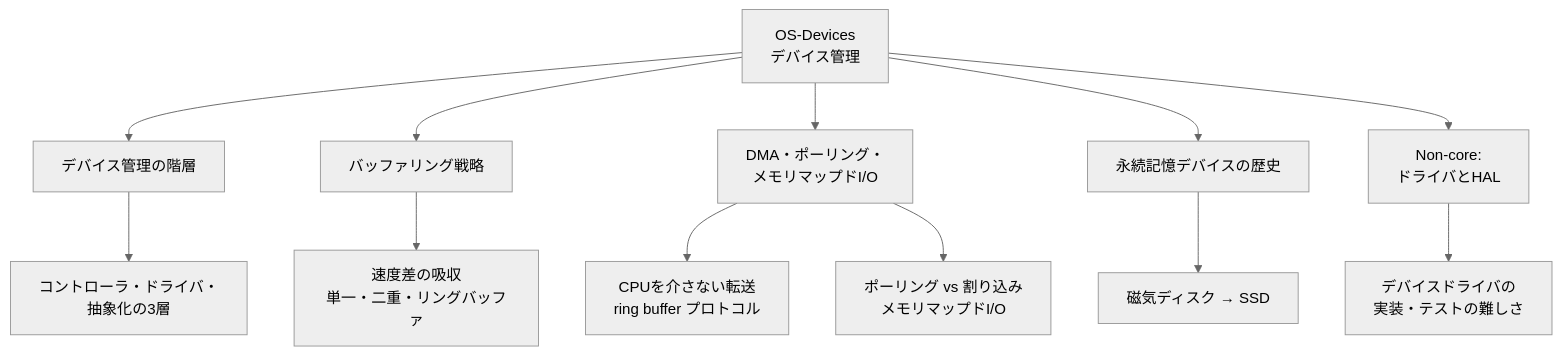
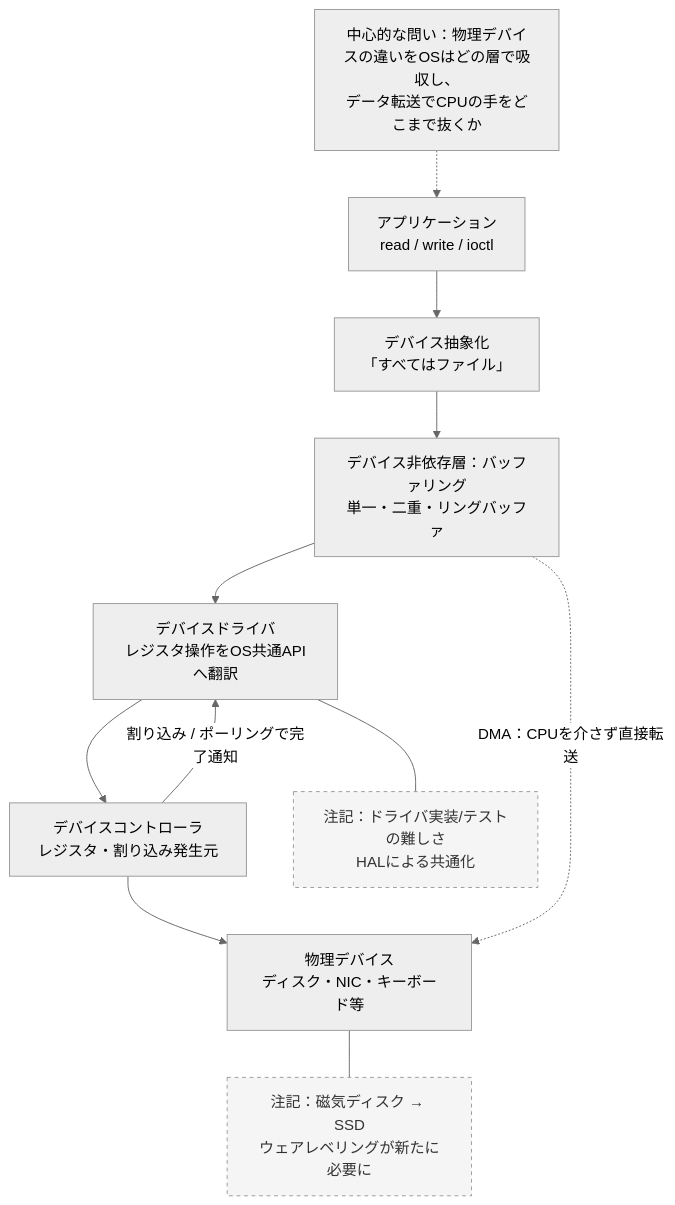
One commit to miyataka/cszap changed the diagram in docs/OS/OS-Devices.md. Above: the diagram before and after it, drawn with Mermaid (neutral theme). The commit also changed other lines of this file and 28 other files, not shown here.

First line of the commit message:
docs: redesign 全体像 diagrams per unit (29 pages)

````diff
--- a/docs/OS/OS-Devices.md
+++ b/docs/OS/OS-Devices.md
@@ -12,14 +12,22 @@
 ```mermaid
 graph TD
-  A[OS-Devices<br/>デバイス管理] --> B[デバイス管理の階層]
-  A --> C[バッファリング戦略]
-  A --> D[DMA・ポーリング・<br/>メモリマップドI/O]
-  A --> E[永続記憶デバイスの歴史]
-  A --> F[Non-core:<br/>ドライバとHAL]
-  B --> B1[コントローラ・ドライバ・<br/>抽象化の3層]
-  C --> C1[速度差の吸収<br/>単一・二重・リングバッファ]
-  D --> D1[CPUを介さない転送<br/>ring buffer プロトコル]
-  D --> D2[ポーリング vs 割り込み<br/>メモリマップドI/O]
-  E --> E1[磁気ディスク → SSD]
-  F --> F1[デバイスドライバの<br/>実装・テストの難しさ]
+  Q["中心的な問い：物理デバイスの違いをOSはどの層で吸収し、<br/>データ転送でCPUの手をどこまで抜くか"]
+  APP["アプリケーション<br/>read / write / ioctl"]
+  ABS["デバイス抽象化<br/>「すべてはファイル」"]
+  BUF["デバイス非依存層：バッファリング<br/>単一・二重・リングバッファ"]
+  DRV["デバイスドライバ<br/>レジスタ操作をOS共通APIへ翻訳"]
+  CTRL["デバイスコントローラ<br/>レジスタ・割り込み発生元"]
+  DEV["物理デバイス<br/>ディスク・NIC・キーボード等"]
+  HIST["注記：磁気ディスク → SSD<br/>ウェアレベリングが新たに必要に"]
+  HAL["注記：ドライバ実装/テストの難しさ<br/>HALによる共通化"]
+
+  Q -.-> APP
+  APP --> ABS --> BUF --> DRV --> CTRL --> DEV
+  CTRL -->|"割り込み / ポーリングで完了通知"| DRV
+  BUF -.->|"DMA：CPUを介さず直接転送"| DEV
+  DEV --- HIST
+  DRV --- HAL
+
+  classDef note fill:#f5f5f5,stroke:#999,color:#333,stroke-dasharray:4;
+  class HIST,HAL note;
 ```
````
